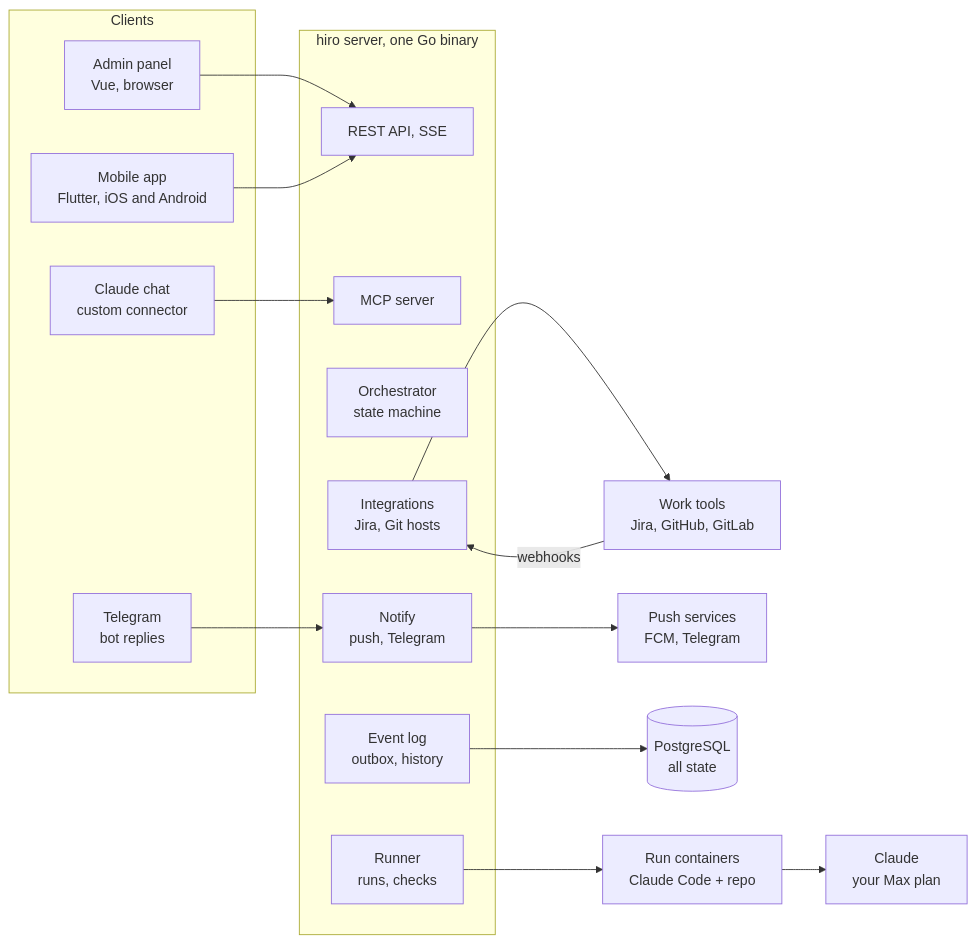
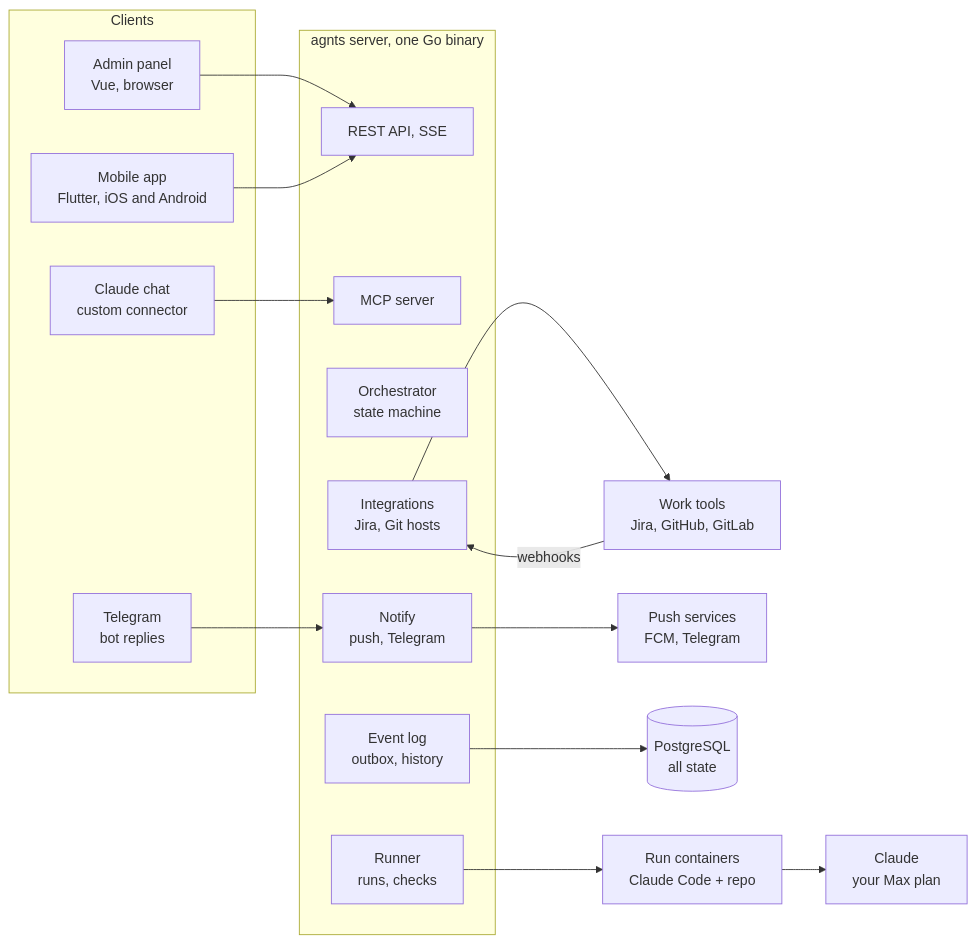
The first of 2 diagrams in Implementation plan.md (rustambekabdusalomov/agnts), drawn with Mermaid before and after one commit. The commit also changed other lines of this file and 1250 other files, not shown here.

````diff
--- a/Implementation plan.md
+++ b/Implementation plan.md
@@ -30,28 +30,28 @@
 ```mermaid
 flowchart LR
   subgraph Clients
     A[Admin panel<br/>Vue, browser]
     M[Mobile app<br/>Flutter, iOS and Android]
     C[Claude chat<br/>custom connector]
     T[Telegram<br/>bot replies]
   end
-  subgraph S[hiro server, one Go binary]
+  subgraph S[agnts server, one Go binary]
     API[REST API, SSE]
     MCP[MCP server]
     ORC[Orchestrator<br/>state machine]
     INT[Integrations<br/>Jira, Git hosts]
     NOT[Notify<br/>push, Telegram]
     EVT[Event log<br/>outbox, history]
     RUN[Runner<br/>runs, checks]
   end
   A --> API
   M --> API
   C --> MCP
   T --> NOT
   WT -- webhooks --> INT
   INT --> WT[Work tools<br/>Jira, GitHub, GitLab]
   NOT --> PS[Push services<br/>FCM, Telegram]
   EVT --> PG[(PostgreSQL<br/>all state)]
   RUN --> RC[Run containers<br/>Claude Code + repo]
   RC --> CL[Claude<br/>your Max plan]
 ```
````
